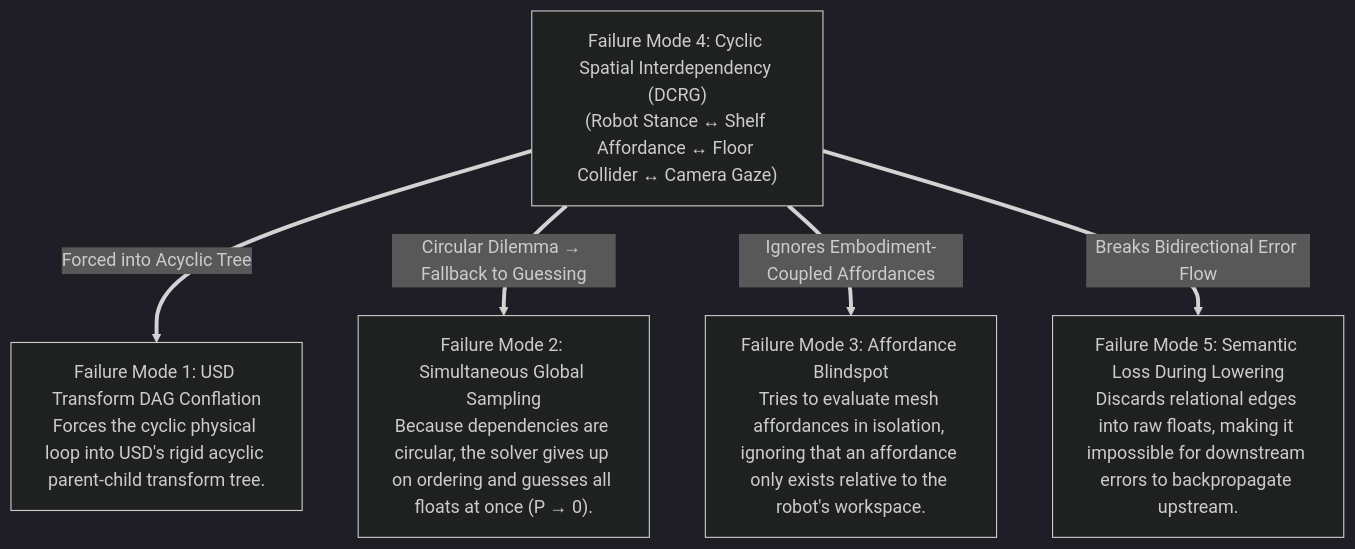
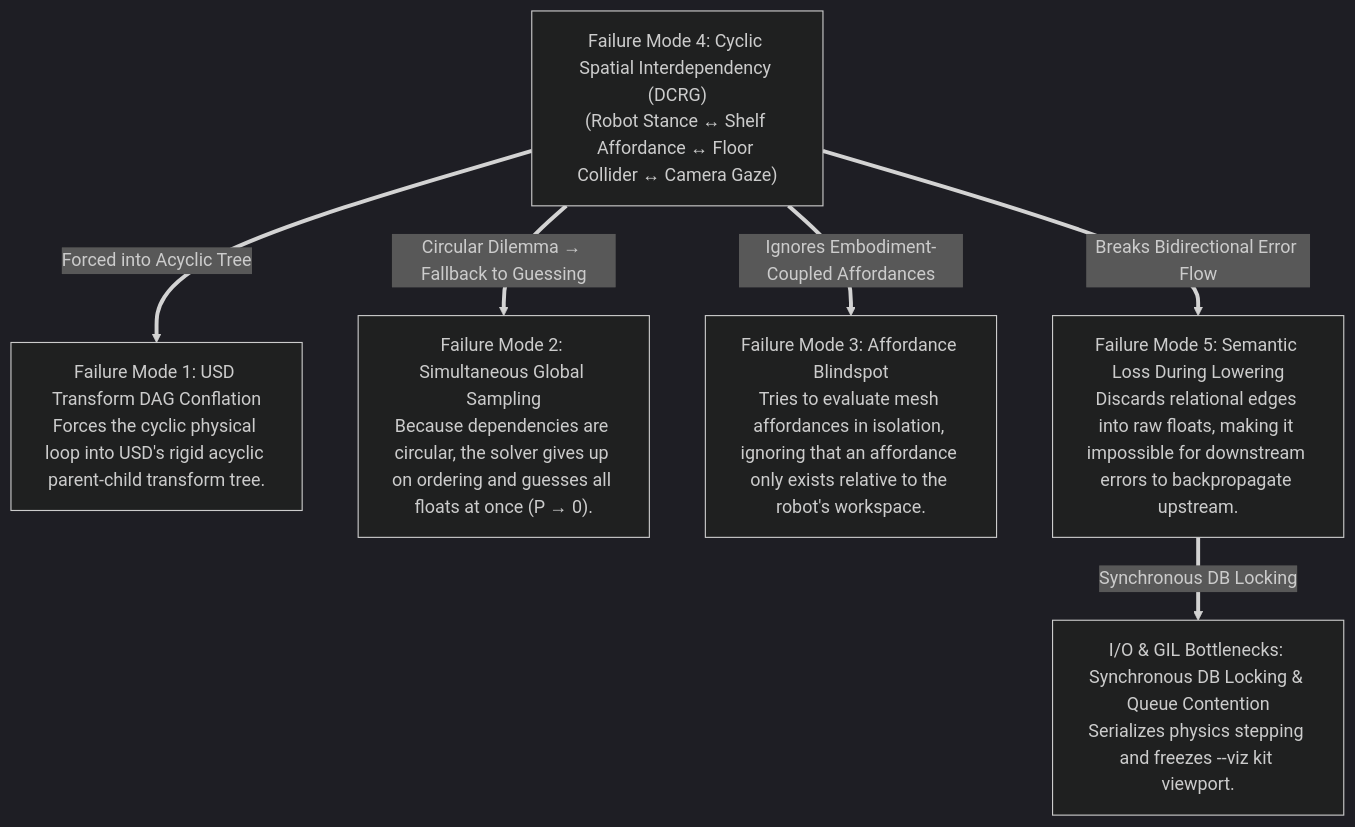
The second of 2 diagrams in .agents/references/agentic_env_generation/causality_notes.md (boredengineering/IsaacLab-Arena), drawn with Mermaid (dark theme) before and after one commit. The commit also changed other lines of this file, not shown here.

````diff
--- a/.agents/references/agentic_env_generation/causality_notes.md
+++ b/.agents/references/agentic_env_generation/causality_notes.md
@@ -59,14 +65,16 @@
 ```mermaid
 flowchart TD
     FM4["Failure Mode 4: Cyclic Spatial Interdependency (DCRG)<br/>(Robot Stance ↔ Shelf Affordance ↔ Floor Collider ↔ Camera Gaze)"]
 
     FM1["Failure Mode 1: USD Transform DAG Conflation<br/>Forces the cyclic physical loop into USD's rigid acyclic parent-child transform tree."]
     FM2["Failure Mode 2: Simultaneous Global Sampling<br/>Because dependencies are circular, the solver gives up on ordering and guesses all floats at once (P → 0)."]
     FM3["Failure Mode 3: Affordance Blindspot<br/>Tries to evaluate mesh affordances in isolation, ignoring that an affordance only exists relative to the robot's workspace."]
     FM5["Failure Mode 5: Semantic Loss During Lowering<br/>Discards relational edges into raw floats, making it impossible for downstream errors to backpropagate upstream."]
+    BOTTLENECK["I/O & GIL Bottlenecks: Synchronous DB Locking & Queue Contention<br/>Serializes physics stepping and freezes --viz kit viewport."]
 
     FM4 ==>|"Forced into Acyclic Tree"| FM1
     FM4 ==>|"Circular Dilemma → Fallback to Guessing"| FM2
     FM4 ==>|"Ignores Embodiment-Coupled Affordances"| FM3
     FM4 ==>|"Breaks Bidirectional Error Flow"| FM5
+    FM5 ==>|"Synchronous DB Locking"| BOTTLENECK
 ```
````
